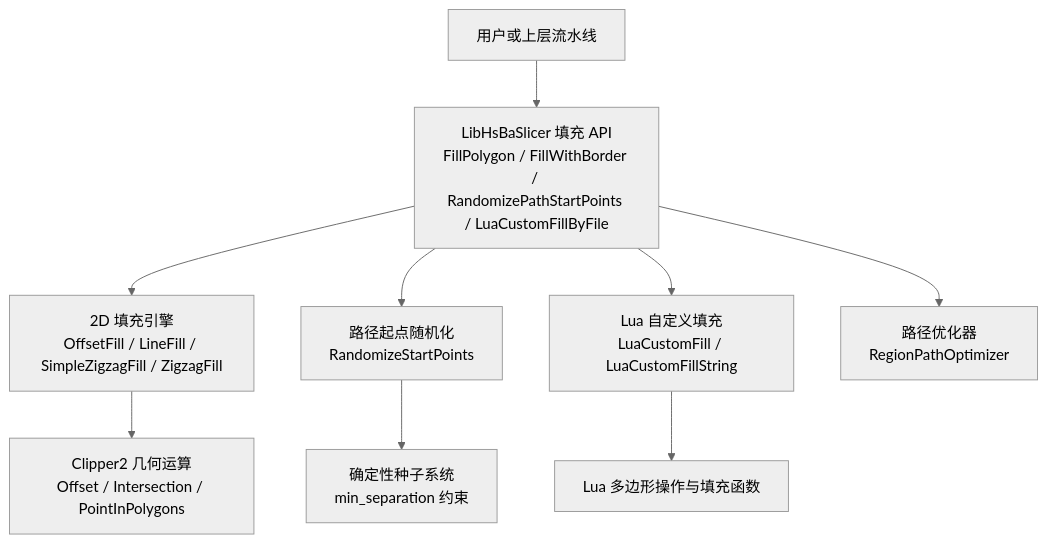
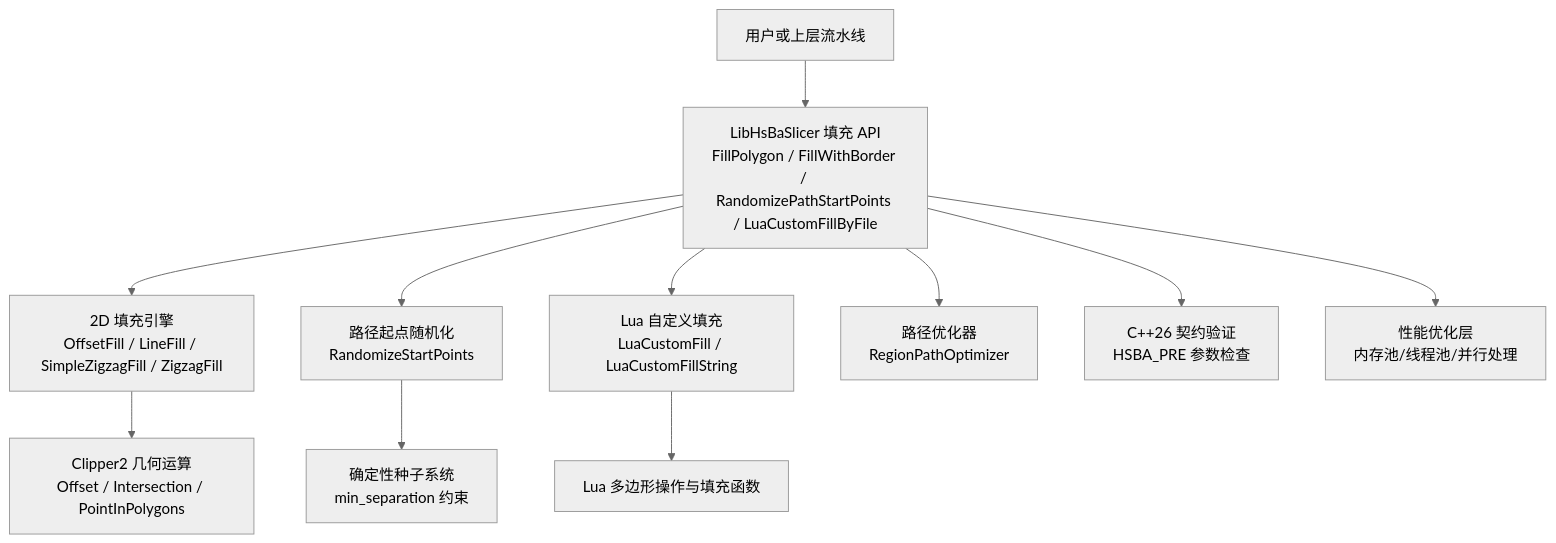
The first of 11 diagrams in .qoder/repowiki/zh/content/高级主题/LibHsBaSlicer 核心库/多边形填充系统.md (hsmbanlance/HsBaSlicer), drawn with Mermaid (neutral theme) before and after one commit. The commit also changed other lines of this file and 28 other files, not shown here.

````diff
--- a/.qoder/repowiki/zh/content/高级主题/LibHsBaSlicer 核心库/多边形填充系统.md
+++ b/.qoder/repowiki/zh/content/高级主题/LibHsBaSlicer 核心库/多边形填充系统.md
@@ -54,11 +58,13 @@
 ```mermaid
 graph TB
 User["用户或上层流水线"] --> FillApi["LibHsBaSlicer 填充 API<br/>FillPolygon / FillWithBorder / RandomizePathStartPoints / LuaCustomFillByFile"]
 FillApi --> CoreFill["2D 填充引擎<br/>OffsetFill / LineFill / SimpleZigzagFill / ZigzagFill"]
 FillApi --> StartRandom["路径起点随机化<br/>RandomizeStartPoints"]
 FillApi --> LuaEngine["Lua 自定义填充<br/>LuaCustomFill / LuaCustomFillString"]
 CoreFill --> Geometry["Clipper2 几何运算<br/>Offset / Intersection / PointInPolygons"]
 StartRandom --> SeedSystem["确定性种子系统<br/>min_separation 约束"]
 LuaEngine --> LuaOps["Lua 多边形操作与填充函数"]
 FillApi --> PathOpt["路径优化器<br/>RegionPathOptimizer"]
+FillApi --> Contracts["C++26 契约验证<br/>HSBA_PRE 参数检查"]
+FillApi --> Performance["性能优化层<br/>内存池/线程池/并行处理"]
 ```
````
